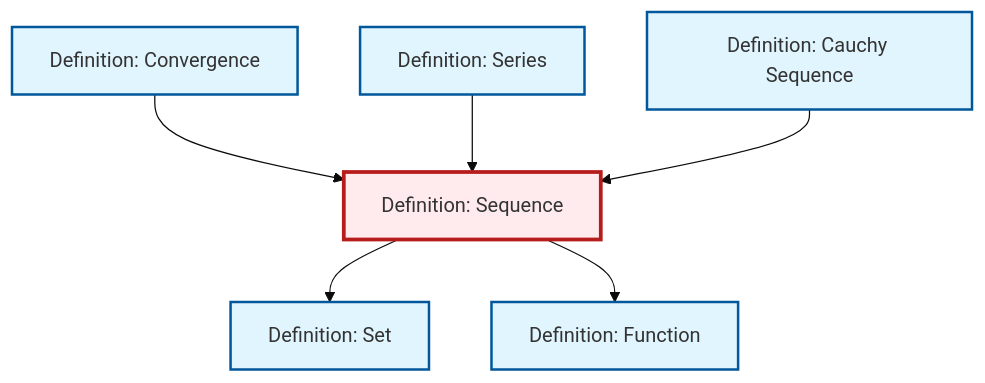
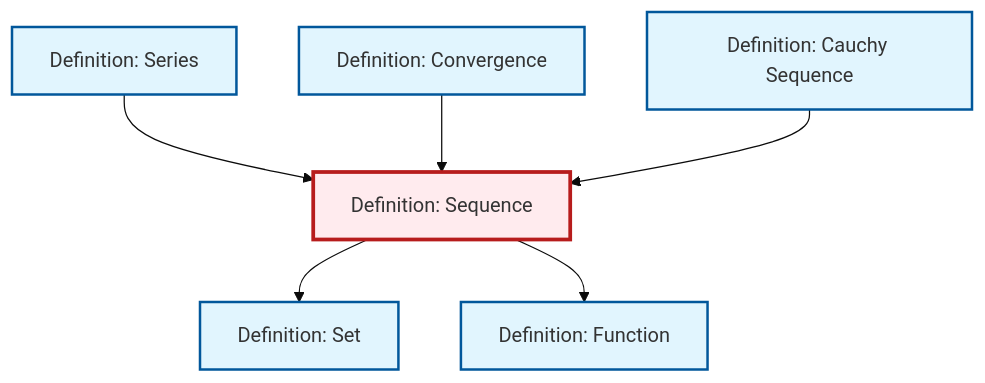
The diagram in content/en/analysis/def-sequence.qmd (RK0429/ModernMath), drawn with Mermaid (base theme) before and after one commit. The commit also changed other lines of this file and 634 other files, not shown here.

````diff
--- a/content/en/analysis/def-sequence.qmd
+++ b/content/en/analysis/def-sequence.qmd
@@ -76,26 +76,26 @@
 ```{mermaid}
 %%| fig-cap: "Local dependency graph"
 graph TD
     classDef definition fill:#e1f5fe,stroke:#01579b,stroke-width:2px
     classDef theorem fill:#f3e5f5,stroke:#4a148c,stroke-width:2px
     classDef axiom fill:#fff3e0,stroke:#e65100,stroke-width:2px
     classDef example fill:#e8f5e9,stroke:#1b5e20,stroke-width:2px
     classDef current fill:#ffebee,stroke:#b71c1c,stroke-width:3px
-    def-set["Definition: Set"]:::definition
     def-convergence["Definition: Convergence"]:::definition
-    def-cauchy-sequence["Definition: Cauchy Sequence"]:::definition
     def-sequence["Definition: Sequence"]:::definition
     def-series["Definition: Series"]:::definition
+    def-cauchy-sequence["Definition: Cauchy Sequence"]:::definition
     def-function["Definition: Function"]:::definition
+    def-set["Definition: Set"]:::definition
+    def-series --> def-sequence
     def-sequence --> def-set
     def-convergence --> def-sequence
+    def-cauchy-sequence --> def-sequence
     def-sequence --> def-function
-    def-series --> def-sequence
-    def-cauchy-sequence --> def-sequence
     class def-sequence current
+    click def-convergence "def-convergence.html" "Go to Convergence definition"
+    click def-series "def-series.html" "Go to Series definition"
+    click def-cauchy-sequence "def-cauchy-sequence.html" "Go to Cauchy Sequence definition"
+    click def-function "def-function.html" "Go to Function definition"
     click def-set "def-set.html" "Go to Set definition"
-    click def-convergence "def-convergence.html" "Go to Convergence definition"
-    click def-cauchy-sequence "def-cauchy-sequence.html" "Go to Cauchy Sequence definition"
-    click def-series "def-series.html" "Go to Series definition"
-    click def-function "def-function.html" "Go to Function definition"
 ```
````
